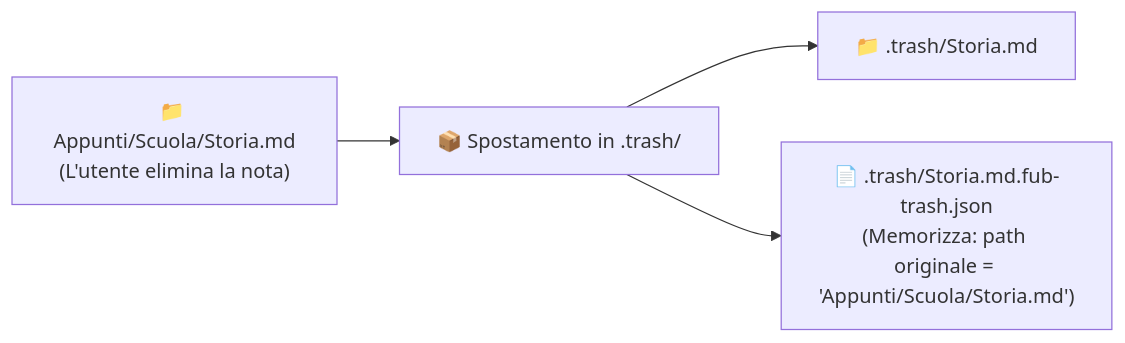
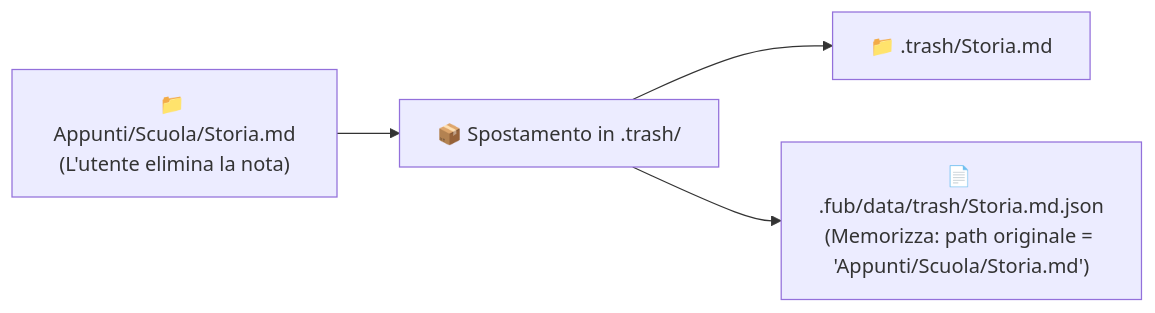
Before and after one commit to Fubeo/Fub: the diagram in docs/05-disco/03-cestino-e-sidecar.md, drawn with Mermaid. The commit also changed other lines of this file and 37 other files, not shown here.

````diff
--- a/docs/05-disco/03-cestino-e-sidecar.md
+++ b/docs/05-disco/03-cestino-e-sidecar.md
@@ -10,6 +10,6 @@
 ```mermaid
 flowchart LR
     Origine["📁 Appunti/Scuola/Storia.md<br>(L'utente elimina la nota)"] --> Sposta["📦 Spostamento in .trash/"]
     Sposta --> Cestino["📁 .trash/Storia.md"]
-    Sposta --> Sidecar["📄 .trash/Storia.md.fub-trash.json<br>(Memorizza: path originale = 'Appunti/Scuola/Storia.md')"]
+    Sposta --> Sidecar["📄 .fub/data/trash/Storia.md.json<br>(Memorizza: path originale = 'Appunti/Scuola/Storia.md')"]
 ```
````
